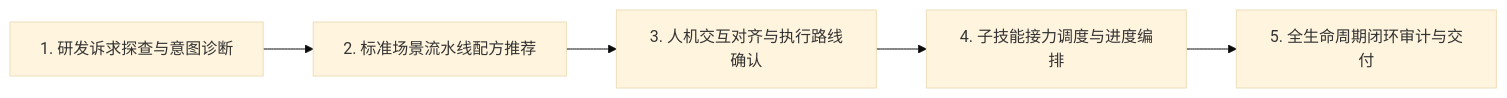
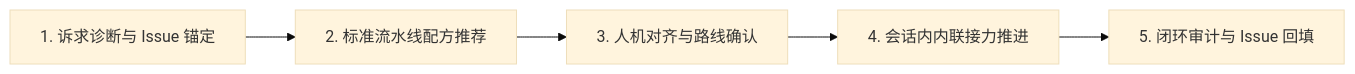
Before and after one commit to atengk/skills: the diagram in skills/at-workflow/SKILL.md, drawn with Mermaid (base theme). The commit also changed other lines of this file and 4 other files, not shown here.

````diff
--- a/skills/at-workflow/SKILL.md
+++ b/skills/at-workflow/SKILL.md
@@ -21,7 +21,7 @@
 ```mermaid
 flowchart LR
-    S1["1. 研发诉求探查与意图诊断"] --> S2["2. 标准场景流水线配方推荐"]
-    S2 --> S3["3. 人机交互对齐与执行路线确认"]
-    S3 --> S4["4. 子技能接力调度与进度编排"]
-    S4 --> S5["5. 全生命周期闭环审计与交付"]
+    S1["1. 诉求诊断与 Issue 锚定"] --> S2["2. 标准流水线配方推荐"]
+    S2 --> S3["3. 人机对齐与路线确认"]
+    S3 --> S4["4. 会话内内联接力推进"]
+    S4 --> S5["5. 闭环审计与 Issue 回填"]
 ```
````
